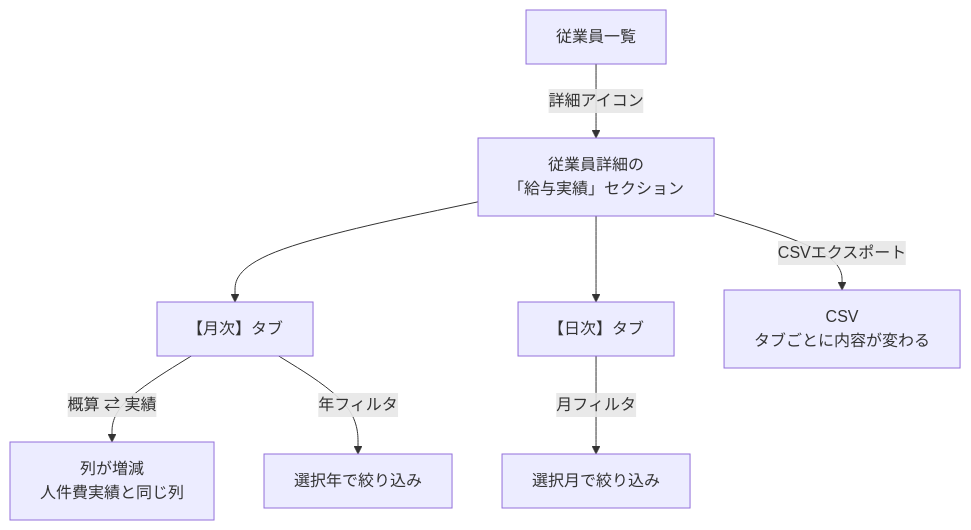
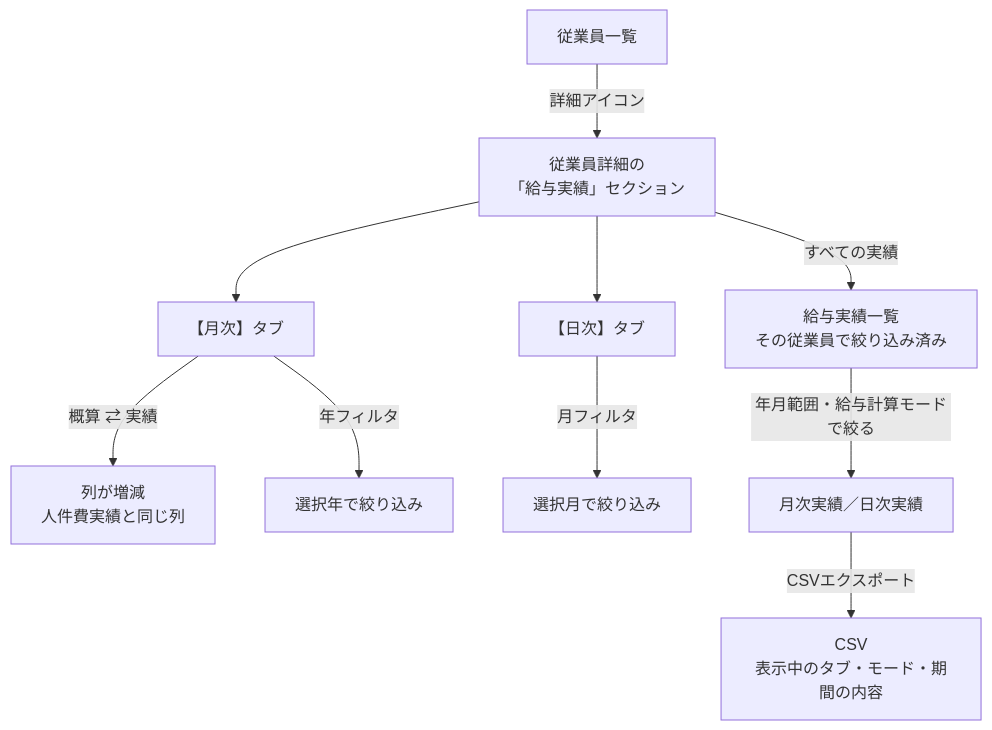
One commit to suguru789987/rakmy-employee-mgmt-spec changed the seventh of 15 diagrams in 20260803_01_従業員管理_仕様書_PdM版.md. Above: the diagram before and after it, drawn with Mermaid. The commit also changed other lines of this file and 16 other files, not shown here.

````diff
--- a/20260803_01_従業員管理_仕様書_PdM版.md
+++ b/20260803_01_従業員管理_仕様書_PdM版.md
@@ -298,10 +322,12 @@
 ```mermaid
 flowchart TB
   EL["従業員一覧"] -->|"詳細アイコン"| ED["従業員詳細の<br/>「給与実績」セクション"]
   ED --> M["【月次】タブ"]
   M -->|"概算 ⇄ 実績"| M1["列が増減<br/>人件費実績と同じ列"]
   M -->|"年フィルタ"| M2["選択年で絞り込み"]
   ED --> N["【日次】タブ"]
   N -->|"月フィルタ"| N1["選択月で絞り込み"]
-  ED -->|"CSVエクスポート"| CSV["CSV<br/>タブごとに内容が変わる"]
+  ED -->|"すべての実績"| PL["給与実績一覧<br/>その従業員で絞り込み済み"]
+  PL -->|"年月範囲・給与計算モードで絞る"| PL2["月次実績／日次実績"]
+  PL2 -->|"CSVエクスポート"| CSV["CSV<br/>表示中のタブ・モード・期間の内容"]
 ```
````
